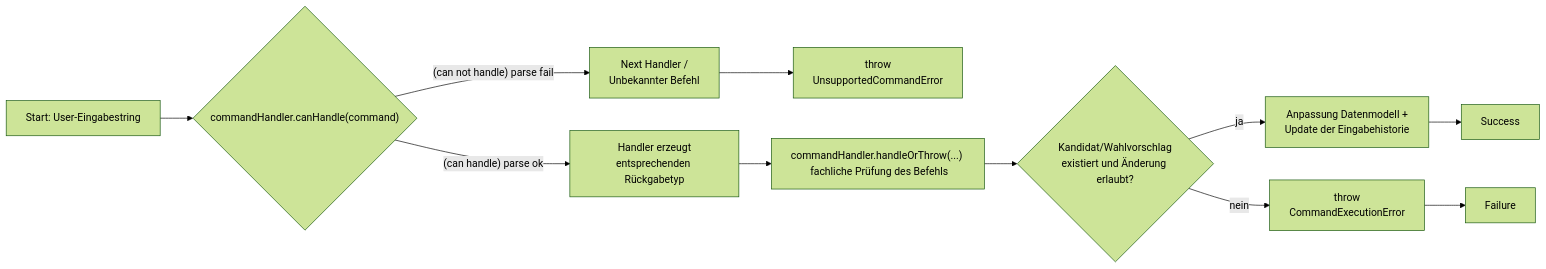
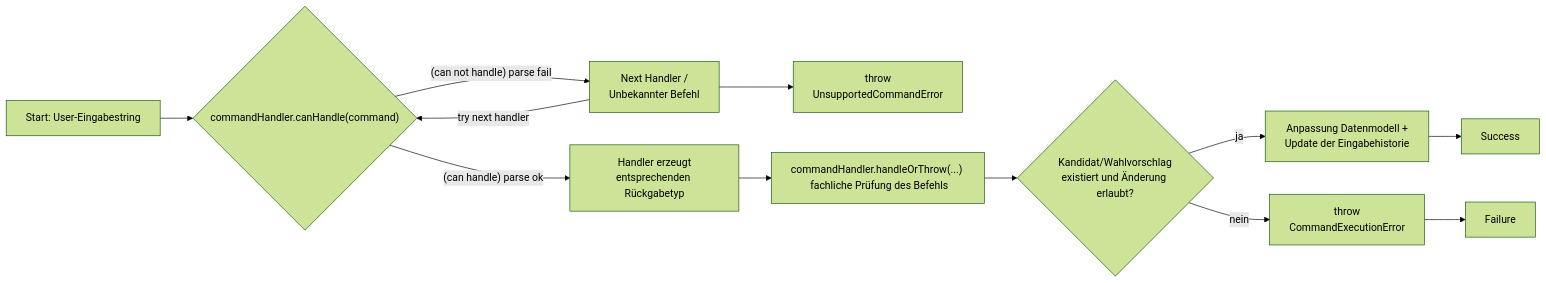
The fourth of 4 diagrams in docs/src/dse/index.md (it-at-m/Wahllokalsystem), drawn with Mermaid (forest theme) before and after one commit.

Commit message:
#3358 add missing connection

````diff
--- a/docs/src/dse/index.md
+++ b/docs/src/dse/index.md
@@ -148,17 +148,18 @@
 ```mermaid
 flowchart LR
     A["Start: User-Eingabestring"] --> B{"commandHandler.canHandle(command)"}
 
     B -->|"(can not handle) parse fail"| C["Next Handler /</br>Unbekannter Befehl"]
     C --> D["throw</br>UnsupportedCommandError"]
+    C -->|try next handler| B
     
     B -->|"(can handle) parse ok"| E["Handler erzeugt</br>entsprechenden Rückgabetyp"]
     E --> F["commandHandler.handleOrThrow(...) </br> fachliche Prüfung des Befehls"]
     F --> G{"Kandidat/Wahlvorschlag</br>existiert und Änderung erlaubt?"}
 
     G -->|ja| H["Anpassung Datenmodell +</br>Update der Eingabehistorie"]
     H --> I["Success"]
 
     G -->|nein| J["throw </br> CommandExecutionError"]
     J --> K["Failure"]
 ```
````
